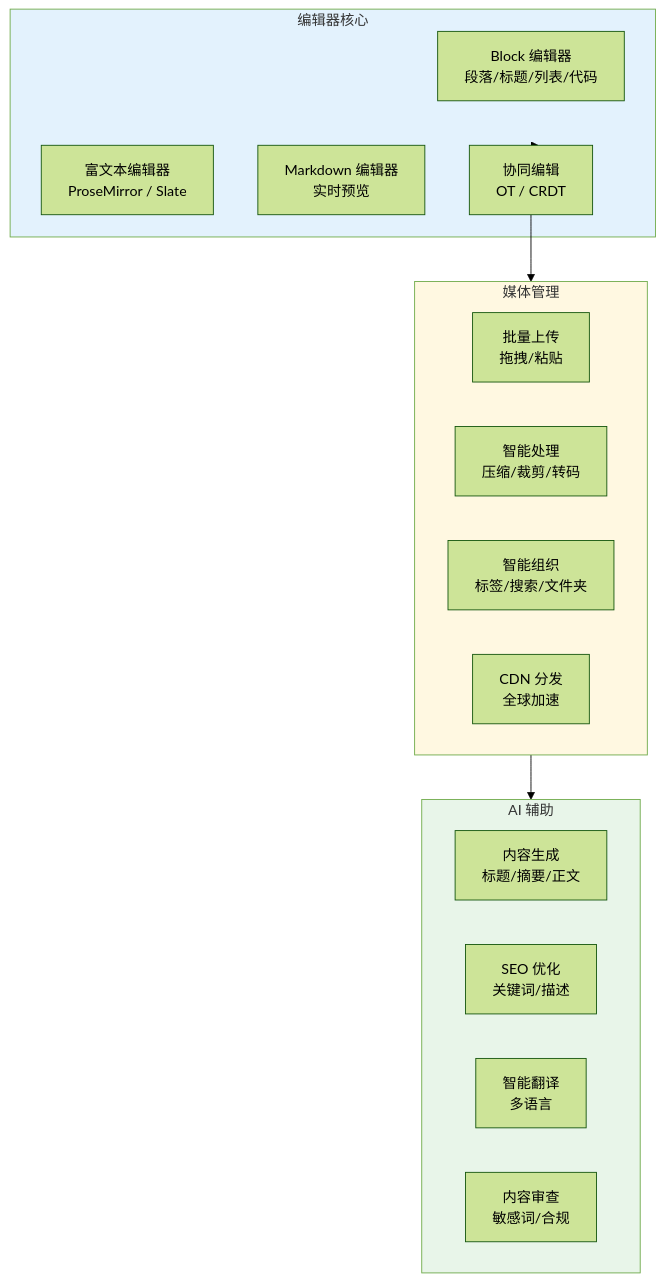
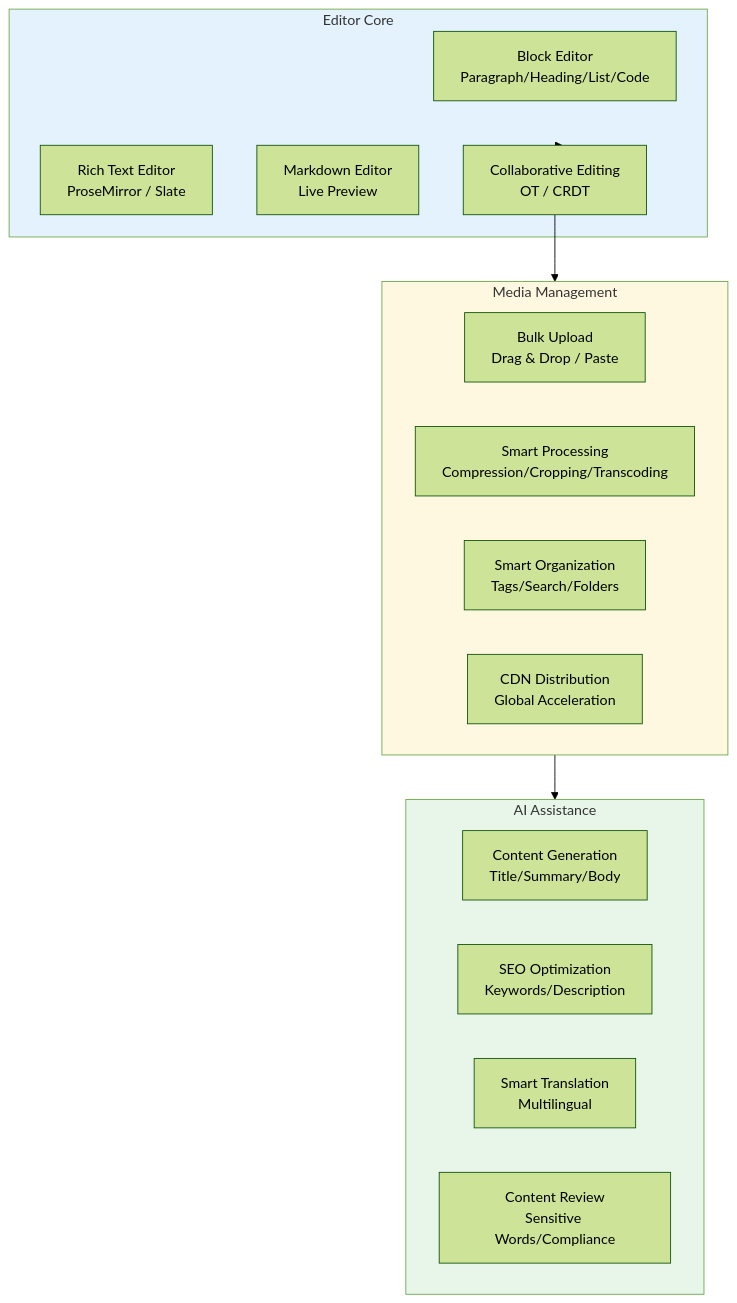
Before and after one commit to teaglebuilt/knowledge-tree: the fourth of 10 diagrams in tree/application/architecture/cms-architecture.md, drawn with Mermaid (forest theme). The commit also changed other lines of this file and 8 other files, not shown here.

````diff
--- a/tree/application/architecture/cms-architecture.md
+++ b/tree/application/architecture/cms-architecture.md
@@ -244,29 +246,29 @@
 ```mermaid
 flowchart TB
-    subgraph Editor["编辑器核心"]
-        BLOCK["Block 编辑器<br/>段落/标题/列表/代码"]
-        RICH["富文本编辑器<br/>ProseMirror / Slate"]
-        MD["Markdown 编辑器<br/>实时预览"]
-        COLLAB["协同编辑<br/>OT / CRDT"]
+    subgraph Editor["Editor Core"]
+        BLOCK["Block Editor<br/>Paragraph/Heading/List/Code"]
+        RICH["Rich Text Editor<br/>ProseMirror / Slate"]
+        MD["Markdown Editor<br/>Live Preview"]
+        COLLAB["Collaborative Editing<br/>OT / CRDT"]
     end
 
-    subgraph Media["媒体管理"]
-        UPLOAD["批量上传<br/>拖拽/粘贴"]
-        PROCESS["智能处理<br/>压缩/裁剪/转码"]
-        ORG["智能组织<br/>标签/搜索/文件夹"]
-        CDN_PUSH["CDN 分发<br/>全球加速"]
+    subgraph Media["Media Management"]
+        UPLOAD["Bulk Upload<br/>Drag & Drop / Paste"]
+        PROCESS["Smart Processing<br/>Compression/Cropping/Transcoding"]
+        ORG["Smart Organization<br/>Tags/Search/Folders"]
+        CDN_PUSH["CDN Distribution<br/>Global Acceleration"]
     end
 
-    subgraph AI["AI 辅助"]
-        GEN["内容生成<br/>标题/摘要/正文"]
-        SEO["SEO 优化<br/>关键词/描述"]
-        TRANS["智能翻译<br/>多语言"]
-        CHECK["内容审查<br/>敏感词/合规"]
+    subgraph AI["AI Assistance"]
+        GEN["Content Generation<br/>Title/Summary/Body"]
+        SEO["SEO Optimization<br/>Keywords/Description"]
+        TRANS["Smart Translation<br/>Multilingual"]
+        CHECK["Content Review<br/>Sensitive Words/Compliance"]
     end
 
     Editor --> COLLAB --> Media --> AI
 
     style Editor fill:#e3f2fd
     style Media fill:#fff8e1
     style AI fill:#e8f5e9
 ```
````
